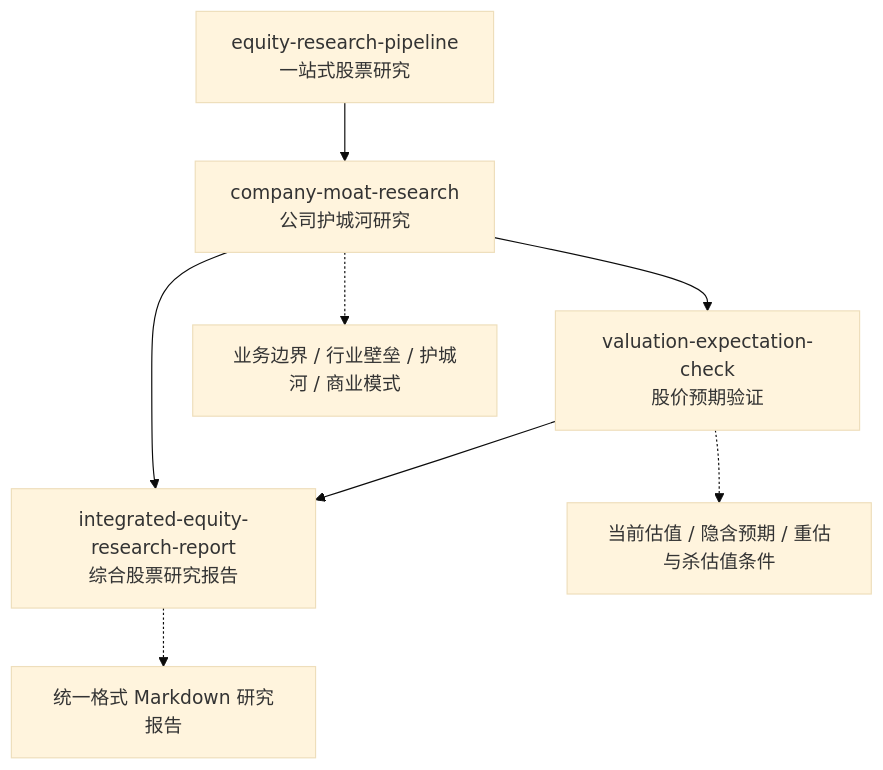
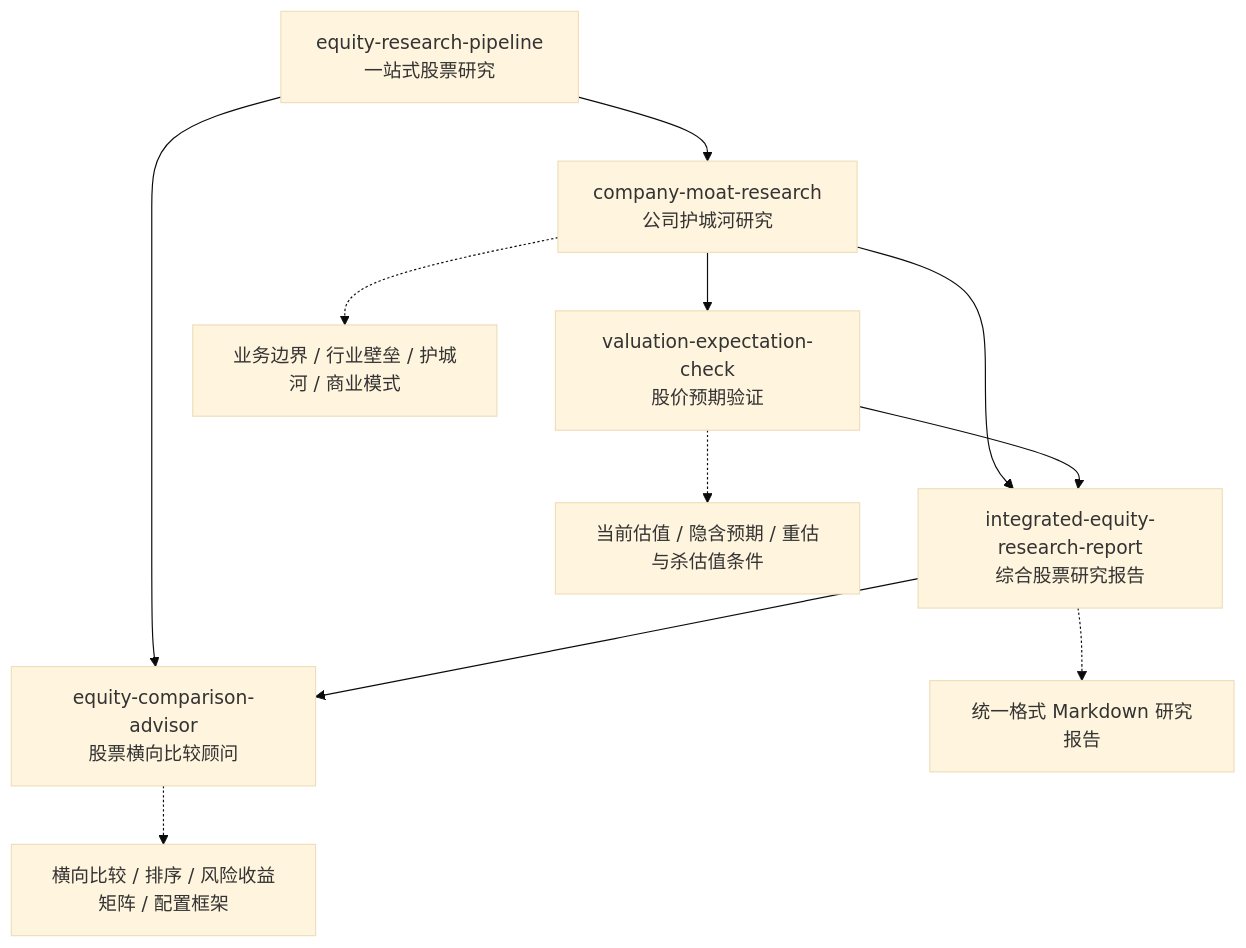
The diagram in README.md (vampire-locker/investment-research-skills), drawn with Mermaid (base theme) before and after one commit. The commit also changed other lines of this file and 4 other files, not shown here.

Commit message:
add equity comparison advisor skill

````diff
--- a/README.md
+++ b/README.md
@@ -67,11 +69,14 @@
 ```mermaid
 flowchart TD
     A["company-moat-research<br/>公司护城河研究"] --> B["valuation-expectation-check<br/>股价预期验证"]
     A --> C["integrated-equity-research-report<br/>综合股票研究报告"]
     B --> C
     P["equity-research-pipeline<br/>一站式股票研究"] --> A
+    P --> G["equity-comparison-advisor<br/>股票横向比较顾问"]
+    C --> G
 
     A -.-> D["业务边界 / 行业壁垒 / 护城河 / 商业模式"]
     B -.-> E["当前估值 / 隐含预期 / 重估与杀估值条件"]
     C -.-> F["统一格式 Markdown 研究报告"]
+    G -.-> H["横向比较 / 排序 / 风险收益矩阵 / 配置框架"]
 ```
````
